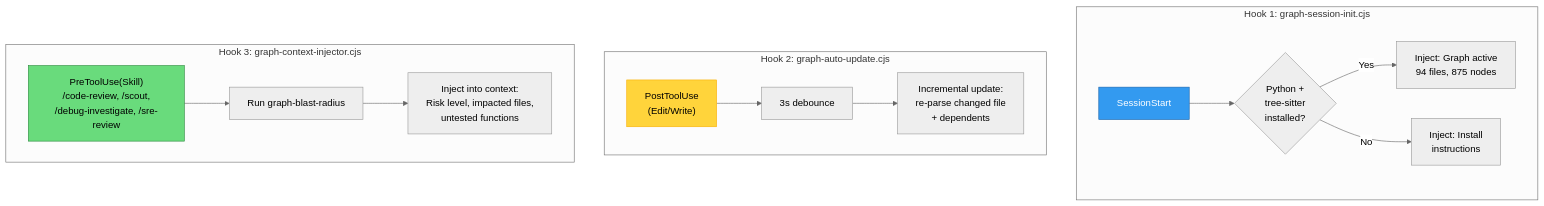
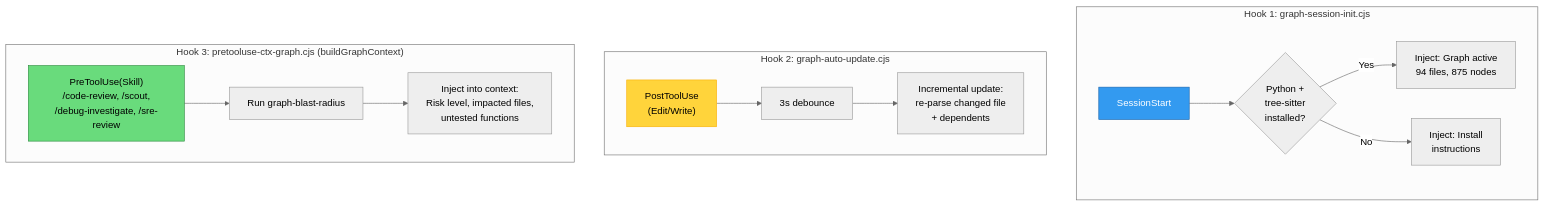
Diagram 17 of 20 in .claude/docs/claude-ai-agent-framework-guide.md (duc01226/EasyPlatform), drawn with Mermaid (neutral theme) before and after one commit. The commit also changed other lines of this file and 1207 other files, not shown here.

````diff
--- a/.claude/docs/claude-ai-agent-framework-guide.md
+++ b/.claude/docs/claude-ai-agent-framework-guide.md
@@ -2979,22 +2951,22 @@
 ```mermaid
 graph TB
     subgraph "Hook 1: graph-session-init.cjs"
         SE["SessionStart"] --> CHK{"Python +<br/>tree-sitter<br/>installed?"}
         CHK -->|Yes| STAT["Inject: Graph active<br/>94 files, 875 nodes"]
         CHK -->|No| GUIDE["Inject: Install<br/>instructions"]
     end
 
     subgraph "Hook 2: graph-auto-update.cjs"
         EDIT["PostToolUse<br/>(Edit/Write)"] --> DEB["3s debounce"]
         DEB --> INC["Incremental update:<br/>re-parse changed file<br/>+ dependents"]
     end
 
-    subgraph "Hook 3: graph-context-injector.cjs"
+    subgraph "Hook 3: pretooluse-ctx-graph.cjs (buildGraphContext)"
         SKILL["PreToolUse(Skill)<br/>/code-review, /scout,<br/>/debug-investigate, /sre-review"] --> BR["Run graph-blast-radius"]
         BR --> INJ["Inject into context:<br/>Risk level, impacted files,<br/>untested functions"]
     end
 
     style SE fill:#339af0,stroke:#1864ab,color:#fff
     style EDIT fill:#ffd43b,stroke:#fab005
     style SKILL fill:#69db7c,stroke:#2b8a3e
 ```
````
